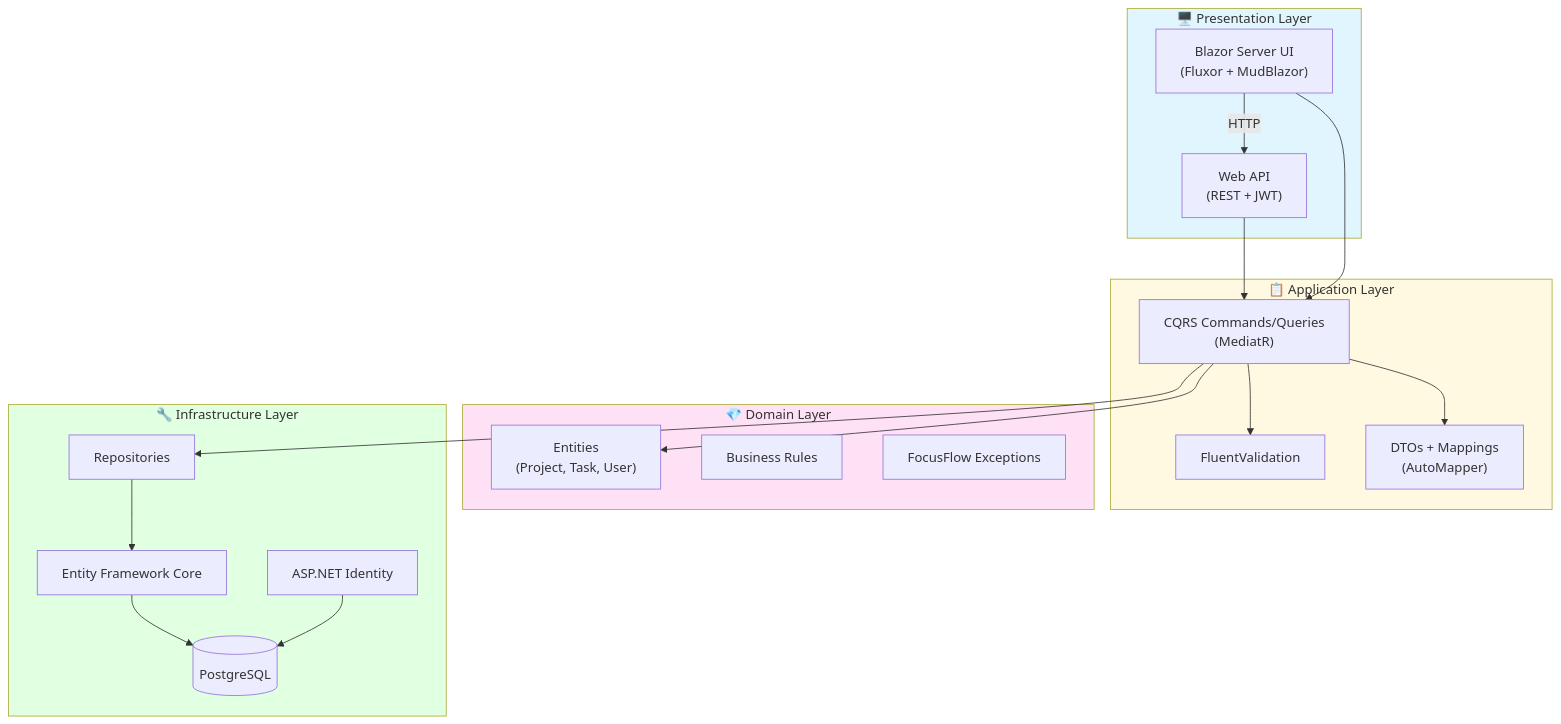
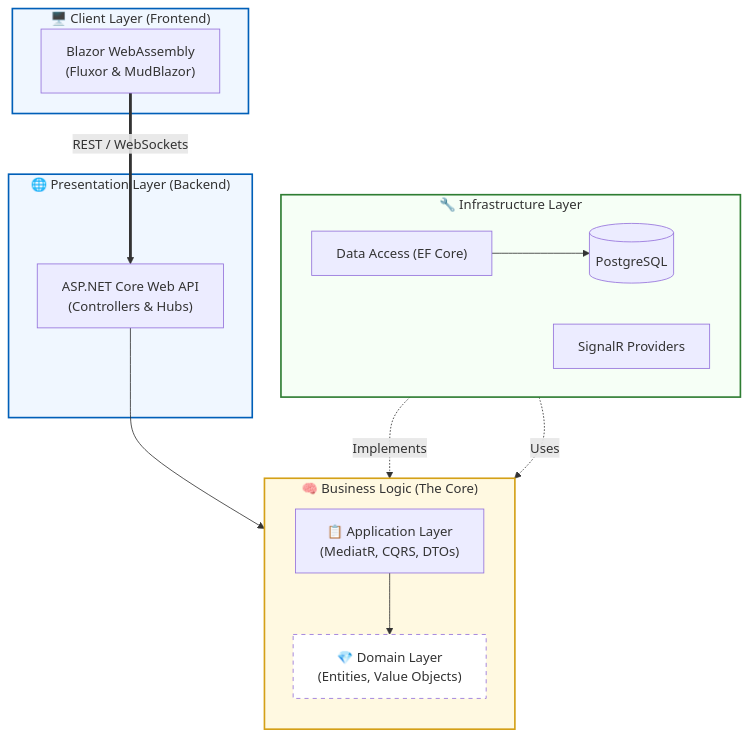
The first of 2 diagrams in README.md (anastasiosm/FocusFlow), drawn with Mermaid before and after one commit. The commit also changed other lines of this file and 1 other file, not shown here.

````diff
--- a/README.md
+++ b/README.md
@@ -133,42 +133,45 @@
 ```mermaid
-graph TB
-    subgraph Presentation["🖥️ Presentation Layer"]
-        Blazor["Blazor Server UI<br/>(Fluxor + MudBlazor)"]
-        API["Web API<br/>(REST + JWT)"]
+graph TD
+    %% Client Side
+    subgraph UI ["🖥️ Client Layer (Frontend)"]
+        Blazor["Blazor WebAssembly<br/>(Fluxor & MudBlazor)"]
     end
+
+    %% API / Presentation
+    subgraph Host ["🌐 Presentation Layer (Backend)"]
+        API["ASP.NET Core Web API<br/>(Controllers & Hubs)"]
+    end
+
+    %% The Core (Clean Architecture Heart)
+    subgraph Core ["🧠 Business Logic (The Core)"]
+        direction TB
+        Application["📋 Application Layer<br/>(MediatR, CQRS, DTOs)"]
+        Domain["💎 Domain Layer<br/>(Entities, Value Objects)"]
+        
+        Application --> Domain
+    end
+
+    %% Infrastructure
+    subgraph Infra ["🔧 Infrastructure Layer"]
+        Data["Data Access (EF Core)"]
+        SignalR["SignalR Providers"]
+        DB[(PostgreSQL)]
+        
+        Data --> DB
+    end
+
+    %% Connections
+    Blazor ==>|REST / WebSockets| API
+    API --> Application
     
-    subgraph Application["📋 Application Layer"]
-        CQRS["CQRS Commands/Queries<br/>(MediatR)"]
-        Validators["FluentValidation"]
-        DTOs["DTOs + Mappings<br/>(AutoMapper)"]
-    end
-    
-    subgraph Domain["💎 Domain Layer"]
-        Entities["Entities<br/>(Project, Task, User)"]
-        Business["Business Rules"]
-        Exceptions["FocusFlow Exceptions"]
-    end
-    
-    subgraph Infrastructure["🔧 Infrastructure Layer"]
-        EF["Entity Framework Core"]
-        Identity["ASP.NET Identity"]
-        Repos["Repositories"]
-        DB[(PostgreSQL)]
-    end
-    
-    Blazor -->|HTTP| API
-    API --> CQRS
-    Blazor --> CQRS
-    CQRS --> Validators
-    CQRS --> DTOs
-    CQRS --> Entities
-    CQRS --> Repos
-    Repos --> EF
-    EF --> DB
-    Identity --> DB
-    
-    style Presentation fill:#e1f5ff
-    style Application fill:#fff9e1
-    style Domain fill:#ffe1f5
-    style Infrastructure fill:#e1ffe1
+    %% Dependency Inversion representation
+    Infra -.->|Implements| Application
+    Infra -.->|Uses| Domain
+
+    %% Styling
+    style UI fill:#f0f7ff,stroke:#005fb8,stroke-width:2px
+    style Host fill:#f0f7ff,stroke:#005fb8,stroke-width:2px
+    style Core fill:#fff9e1,stroke:#d4a017,stroke-width:2px
+    style Infra fill:#f6fff6,stroke:#2e7d32,stroke-width:2px
+    style Domain fill:#fff,stroke-dasharray: 5 5
 ```
````
